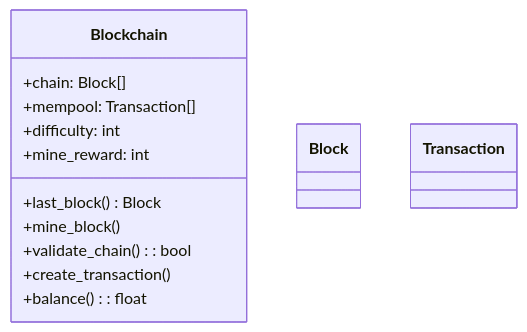
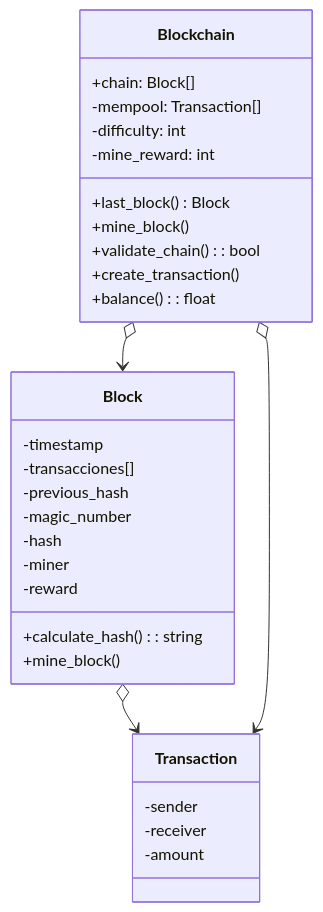
The diagram in UML.md (Salvador025/Crypto), drawn with Mermaid before and after one commit.

Commit message:
UML BLCK, TRANSACTION, relations

````diff
--- a/UML.md
+++ b/UML.md
@@ -3,23 +3,37 @@
 ```mermaid
 classDiagram
     class Blockchain{
         +chain: Block[]
-        +mempool: Transaction[]
-        +difficulty: int
-        +mine_reward: int
+        -mempool: Transaction[]
+        -difficulty: int
+        -mine_reward: int
         +last_block() Block
         +mine_block()
         +validate_chain(): bool
         +create_transaction()
         +balance(): float
 
     }
 
     class Block{
+        -timestamp
+        -transacciones[]
+        -previous_hash
+        -magic_number
+        -hash
+        -miner
+        -reward
 
+        +calculate_hash(): string
+        +mine_block()
     }
 
     class Transaction{
-
+        -sender
+        -receiver
+        -amount
     }
+    Blockchain o--> Block
+    Block o--> Transaction
+    Blockchain o--> Transaction
 ```
````
